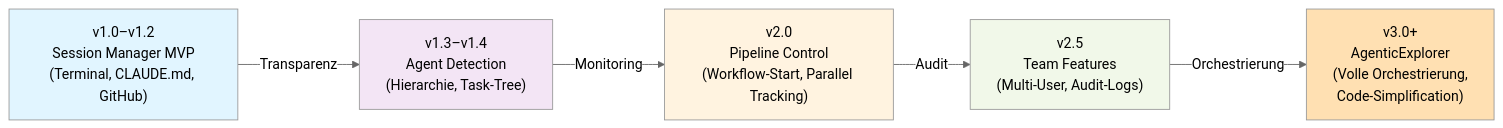
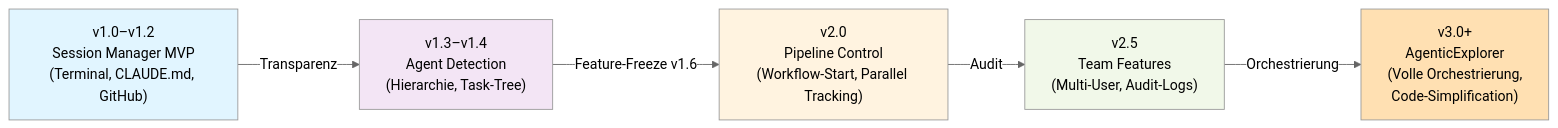
One commit to hossoOG/agentic-dashboard changed the first of 24 diagrams in Softwareprozess/arc42-specification.md. Above: the diagram before and after it, drawn with Mermaid (neutral theme). The commit also changed other lines of this file and 2 other files, not shown here.

First line of the commit message:
chore: Session Manager Feature-Freeze dokumentieren (#162)

````diff
--- a/Softwareprozess/arc42-specification.md
+++ b/Softwareprozess/arc42-specification.md
@@ -32,13 +32,13 @@
 ```mermaid
 graph LR
     A["v1.0–v1.2<br/>Session Manager MVP<br/>(Terminal, CLAUDE.md, GitHub)"] -->|Transparenz| B["v1.3–v1.4<br/>Agent Detection<br/>(Hierarchie, Task-Tree)"]
-    B -->|Monitoring| C["v2.0<br/>Pipeline Control<br/>(Workflow-Start, Parallel Tracking)"]
+    B -->|Feature-Freeze v1.6| C["v2.0<br/>Pipeline Control<br/>(Workflow-Start, Parallel Tracking)"]
     C -->|Audit| D["v2.5<br/>Team Features<br/>(Multi-User, Audit-Logs)"]
     D -->|Orchestrierung| E["v3.0+<br/>AgenticExplorer<br/>(Volle Orchestrierung,<br/>Code-Simplification)"]
 
     style A fill:#e1f5ff
     style B fill:#f3e5f5
     style C fill:#fff3e0
     style D fill:#f1f8e9
     style E fill:#ffe0b2
 ```
````
